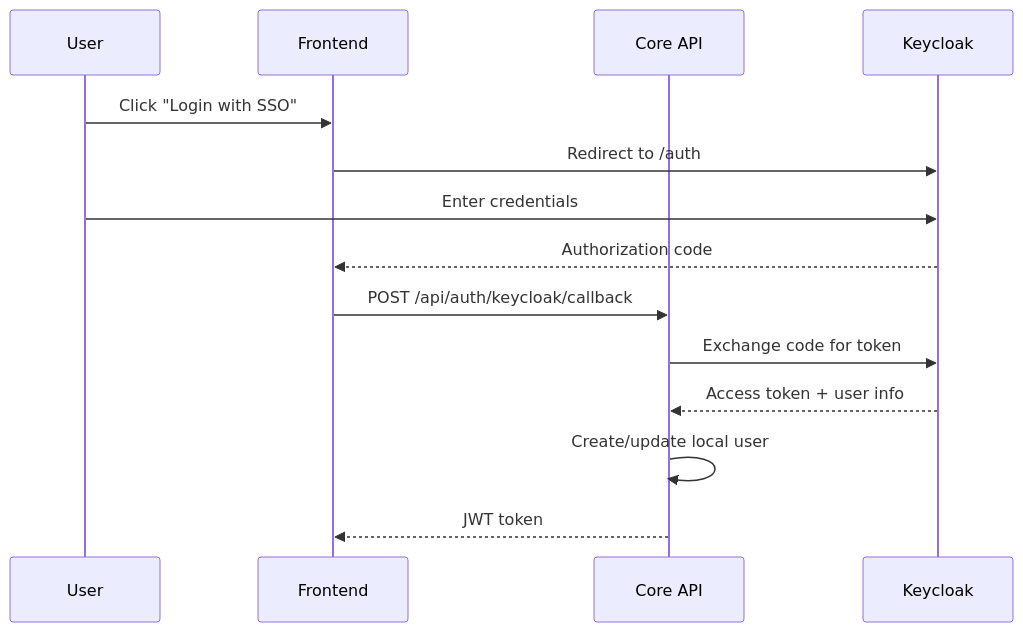
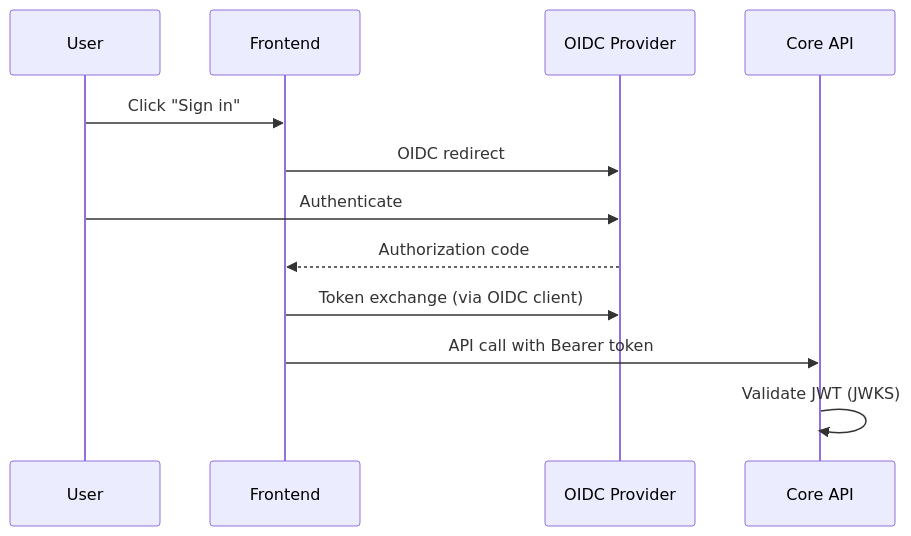
Before and after one commit to BlocUnited-LLC/mozaiks-core: the third of 3 diagrams in docs/core/authentication.md, drawn with Mermaid. The commit also changed other lines of this file and 1 other file, not shown here.

Commit message:
🔐 Add Keycloak/WorkOS OIDC on-ramps

````diff
--- a/docs/core/authentication.md
+++ b/docs/core/authentication.md
@@ -311,17 +311,15 @@
 ```mermaid
 sequenceDiagram
     participant User
     participant Frontend
+    participant IdP as OIDC Provider
     participant Core API
-    participant Keycloak
     
-    User->>Frontend: Click "Login with SSO"
-    Frontend->>Keycloak: Redirect to /auth
-    User->>Keycloak: Enter credentials
-    Keycloak-->>Frontend: Authorization code
-    Frontend->>Core API: POST /api/auth/keycloak/callback
-    Core API->>Keycloak: Exchange code for token
-    Keycloak-->>Core API: Access token + user info
-    Core API->>Core API: Create/update local user
-    Core API-->>Frontend: JWT token
+    User->>Frontend: Click "Sign in"
+    Frontend->>IdP: OIDC redirect
+    User->>IdP: Authenticate
+    IdP-->>Frontend: Authorization code
+    Frontend->>IdP: Token exchange (via OIDC client)
+    Frontend->>Core API: API call with Bearer token
+    Core API->>Core API: Validate JWT (JWKS)
 ```
````
